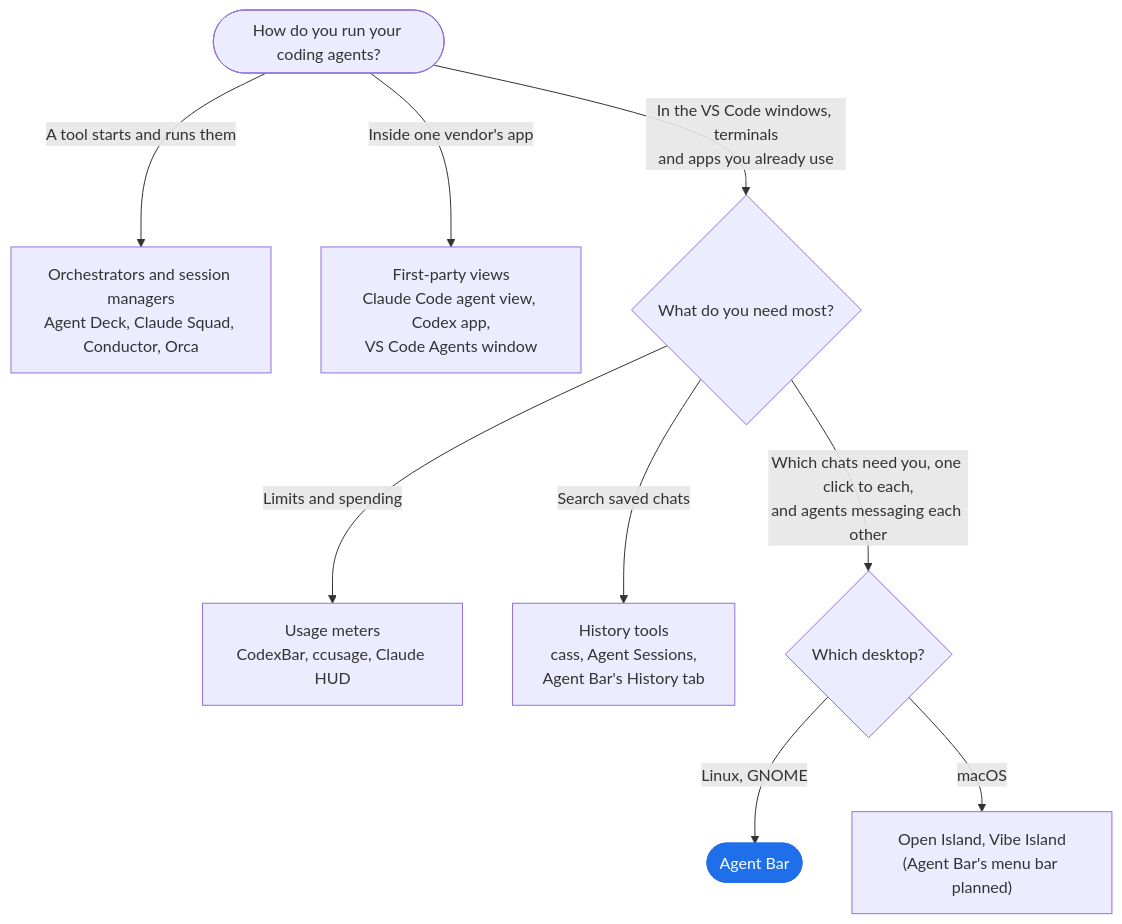
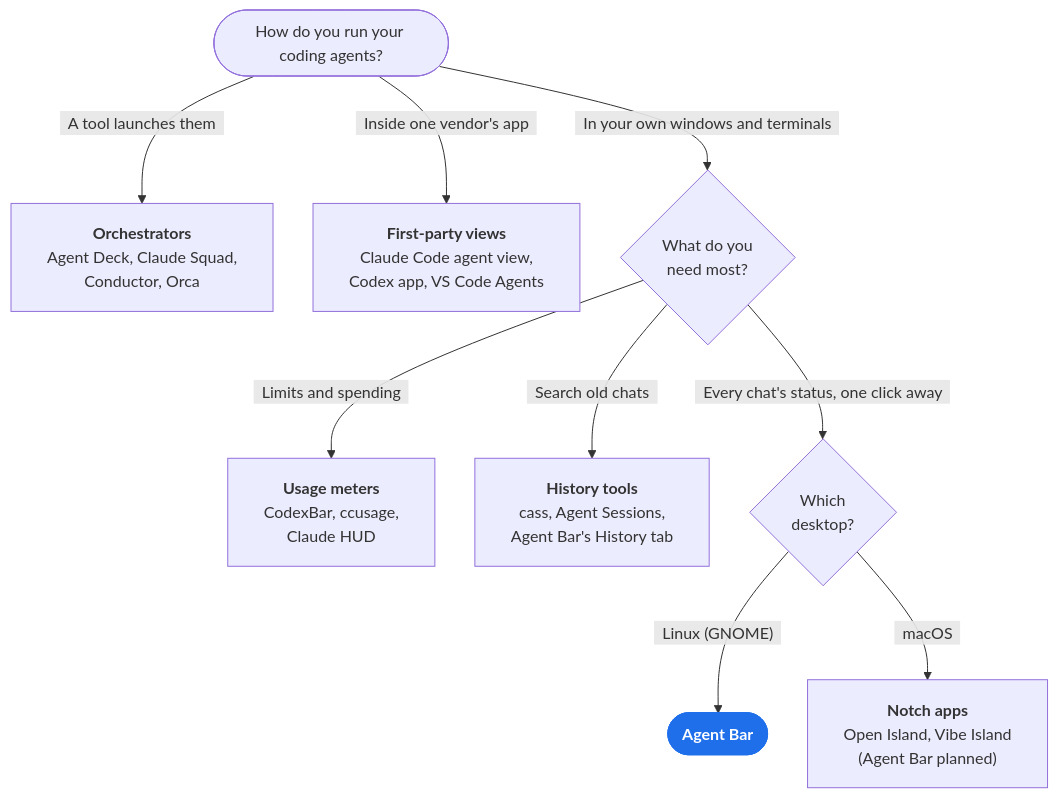
The diagram in README.md (NikVetr/agent-bar), drawn with Mermaid before and after one commit. The commit also changed other lines of this file and 17 other files, not shown here.

Commit message:
Tour the dropdown's tabs in one loop, make every loop end where it began, and pad the chart's labels

````diff
--- a/README.md
+++ b/README.md
@@ -73,14 +74,15 @@
 ```mermaid
+%%{init: {"flowchart": {"nodeSpacing": 40, "rankSpacing": 70, "padding": 18}, "themeCSS": "span.edgeLabel { line-height: 2; }"}}%%
 flowchart TD
     start(["How do you run your coding agents?"])
-    start -->|"A tool starts and runs them"| orch["Orchestrators and session managers<br/>Agent Deck, Claude Squad, Conductor, Orca"]
-    start -->|"Inside one vendor's app"| first["First-party views<br/>Claude Code agent view, Codex app,<br/>VS Code Agents window"]
-    start -->|"In the VS Code windows, terminals<br/>and apps you already use"| need{"What do you need most?"}
-    need -->|"Limits and spending"| meters["Usage meters<br/>CodexBar, ccusage, Claude HUD"]
-    need -->|"Search saved chats"| search["History tools<br/>cass, Agent Sessions,<br/>Agent Bar's History tab"]
-    need -->|"Which chats need you, one click to each,<br/>and agents messaging each other"| desk{"Which desktop?"}
-    desk -->|"Linux, GNOME"| ab(["Agent Bar"])
-    desk -->|"macOS"| mac["Open Island, Vibe Island<br/>(Agent Bar's menu bar planned)"]
+    start -->|"#nbsp;#nbsp;A#nbsp;tool#nbsp;launches#nbsp;them#nbsp;#nbsp;"| orch["<b>Orchestrators</b><br/>Agent Deck, Claude Squad,<br/>Conductor, Orca"]
+    start -->|"#nbsp;#nbsp;Inside#nbsp;one#nbsp;vendor's#nbsp;app#nbsp;#nbsp;"| first["<b>First-party views</b><br/>Claude Code agent view,<br/>Codex app, VS Code Agents"]
+    start -->|"#nbsp;#nbsp;In#nbsp;your#nbsp;own#nbsp;windows#nbsp;and#nbsp;terminals#nbsp;#nbsp;"| need{"What do you<br/>need most?"}
+    need -->|"#nbsp;#nbsp;Limits#nbsp;and#nbsp;spending#nbsp;#nbsp;"| meters["<b>Usage meters</b><br/>CodexBar, ccusage,<br/>Claude HUD"]
+    need -->|"#nbsp;#nbsp;Search#nbsp;old#nbsp;chats#nbsp;#nbsp;"| search["<b>History tools</b><br/>cass, Agent Sessions,<br/>Agent Bar's History tab"]
+    need -->|"#nbsp;#nbsp;Every#nbsp;chat's#nbsp;status,#nbsp;one#nbsp;click#nbsp;away#nbsp;#nbsp;"| desk{"Which<br/>desktop?"}
+    desk -->|"#nbsp;#nbsp;Linux#nbsp;(GNOME)#nbsp;#nbsp;"| ab(["<b>Agent Bar</b>"])
+    desk -->|"#nbsp;#nbsp;macOS#nbsp;#nbsp;"| mac["<b>Notch apps</b><br/>Open Island, Vibe Island<br/>(Agent Bar planned)"]
     classDef ours fill:#1f6feb,stroke:#1f6feb,color:#ffffff
     class ab ours
 ```
````
